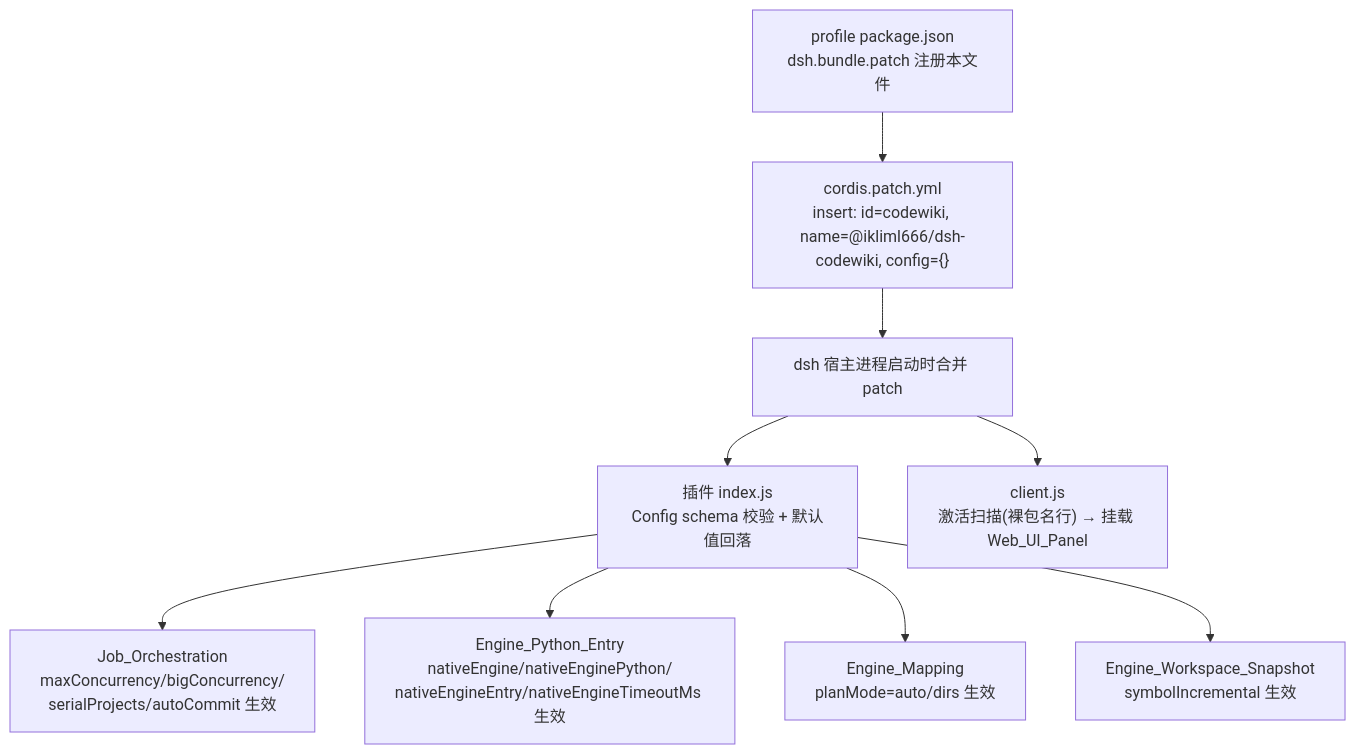
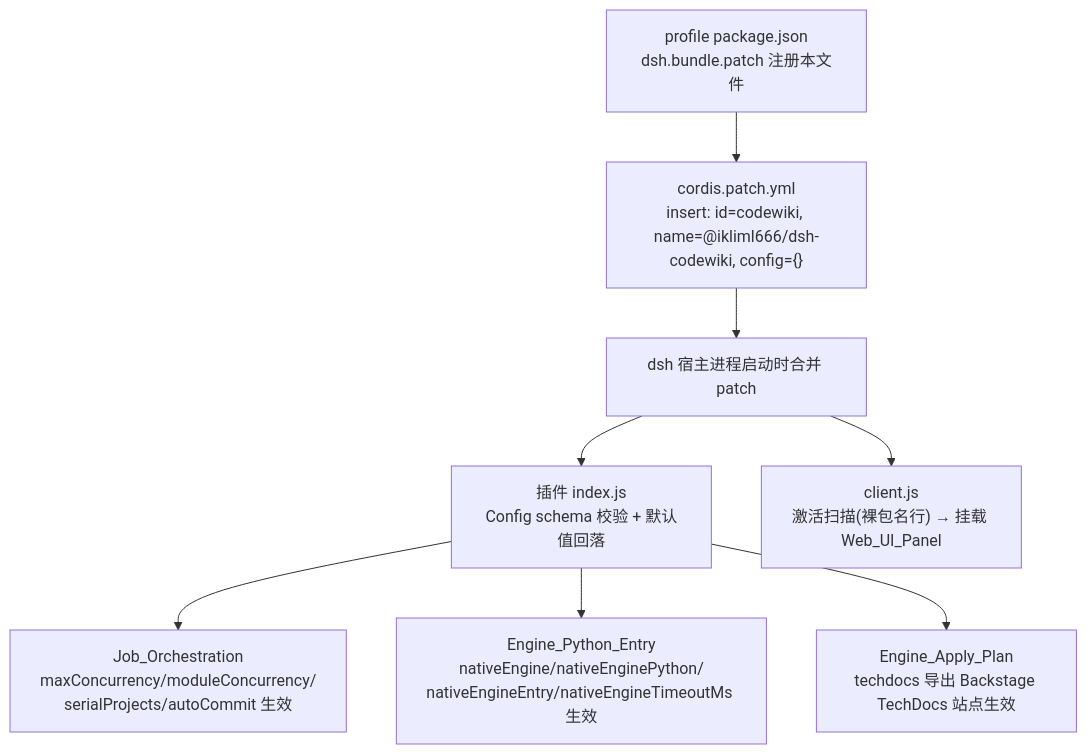
Before and after one commit to ikliml666/dsh-codewiki: the third of 3 diagrams in .codewiki/_techdocs/docs/Cordis_Patch_Config.md, drawn with Mermaid. The commit also changed other lines of this file and 49 other files, not shown here.

````diff
--- a/.codewiki/_techdocs/docs/Cordis_Patch_Config.md
+++ b/.codewiki/_techdocs/docs/Cordis_Patch_Config.md
@@ -106,17 +103,17 @@
 ```mermaid
 flowchart TD
     P["profile package.json<br/>dsh.bundle.patch 注册本文件"]
     Y["cordis.patch.yml<br/>insert: id=codewiki, name=@ikliml666/dsh-codewiki, config={}"]
     H["dsh 宿主进程启动时合并 patch"]
 
     P --> Y
     Y --> H
 
     H --> IDX["插件 index.js<br/>Config schema 校验 + 默认值回落"]
     H --> CLI["client.js<br/>激活扫描(裸包名行) → 挂载 Web_UI_Panel"]
 
-    IDX --> JO["Job_Orchestration<br/>maxConcurrency/bigConcurrency/<br/>serialProjects/autoCommit 生效"]
+    IDX --> JO["Job_Orchestration<br/>maxConcurrency/moduleConcurrency/<br/>serialProjects/autoCommit 生效"]
     IDX --> ENG["Engine_Python_Entry<br/>nativeEngine/nativeEnginePython/<br/>nativeEngineEntry/nativeEngineTimeoutMs 生效"]
-    IDX --> MAP["Engine_Mapping<br/>planMode=auto/dirs 生效"]
-    IDX --> SYM["Engine_Workspace_Snapshot<br/>symbolIncremental 生效"]
+    IDX --> OUT["Engine_Apply_Plan<br/>techdocs 导出 Backstage TechDocs 站点生效"]
+
 ```
````
